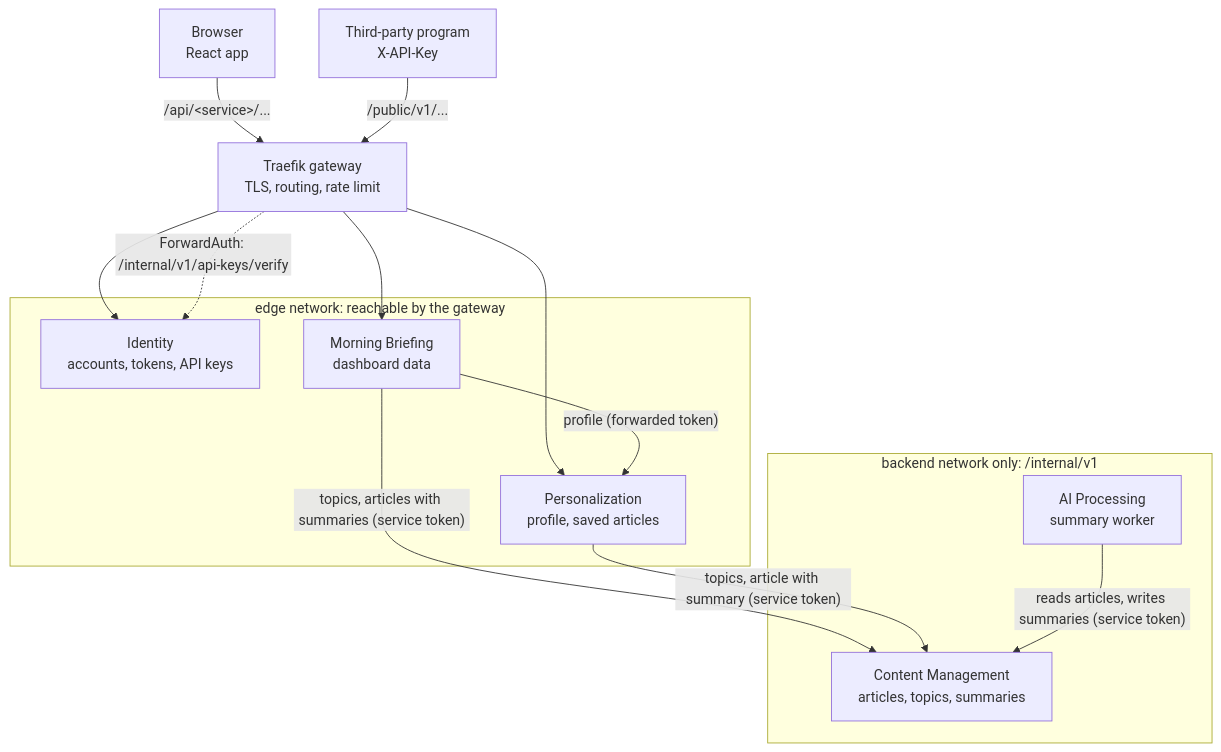
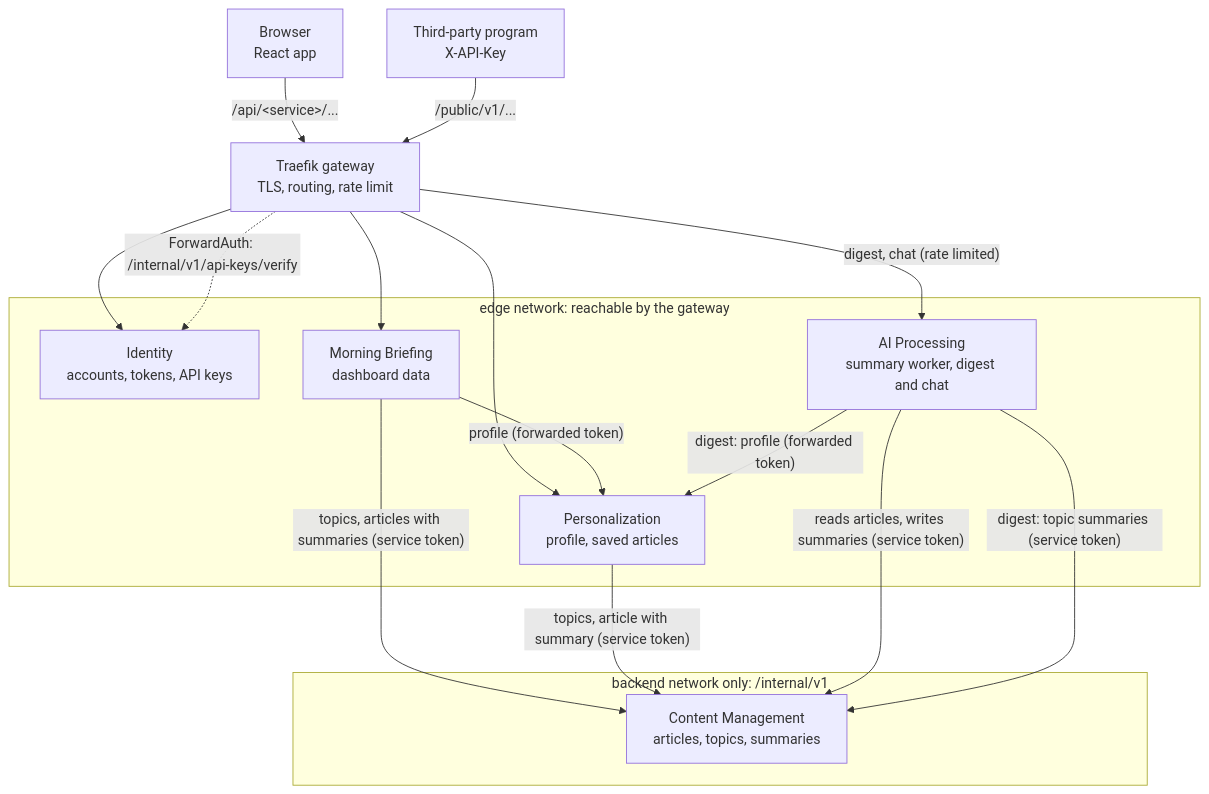
The diagram in docs/api/06_service-to-service.md (jag-rosa42/brief.ly), drawn with Mermaid before and after one commit. The commit also changed other lines of this file and 3 other files, not shown here.

Commit message:
📝 [docs] document the digest routes and AI Processing on edge

````diff
--- a/docs/api/06_service-to-service.md
+++ b/docs/api/06_service-to-service.md
@@ -9,26 +9,29 @@
 ```mermaid
 flowchart TD
   FE["Browser<br/>React app"] -- "/api/&lt;service&gt;/..." --> GW
   SC["Third-party program<br/>X-API-Key"] -- "/public/v1/..." --> GW
   GW["Traefik gateway<br/>TLS, routing, rate limit"]
 
   subgraph edge ["edge network: reachable by the gateway"]
     ID["Identity<br/>accounts, tokens, API keys"]
     PE["Personalization<br/>profile, saved articles"]
     MB["Morning Briefing<br/>dashboard data"]
+    AI["AI Processing<br/>summary worker, digest and chat"]
   end
   subgraph backendonly ["backend network only: /internal/v1"]
     CM["Content Management<br/>articles, topics, summaries"]
-    AI["AI Processing<br/>summary worker"]
   end
 
   GW --> ID
   GW --> PE
   GW --> MB
+  GW -- "digest, chat (rate limited)" --> AI
   GW -. "ForwardAuth: /internal/v1/api-keys/verify" .-> ID
 
   MB -- "profile (forwarded token)" --> PE
   MB -- "topics, articles with summaries (service token)" --> CM
   PE -- "topics, article with summary (service token)" --> CM
   AI -- "reads articles, writes summaries (service token)" --> CM
+  AI -- "digest: profile (forwarded token)" --> PE
+  AI -- "digest: topic summaries (service token)" --> CM
 ```
````
